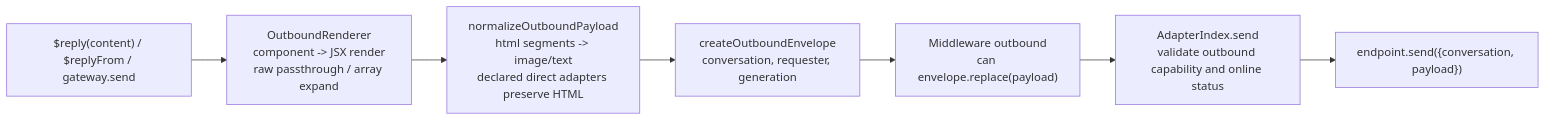
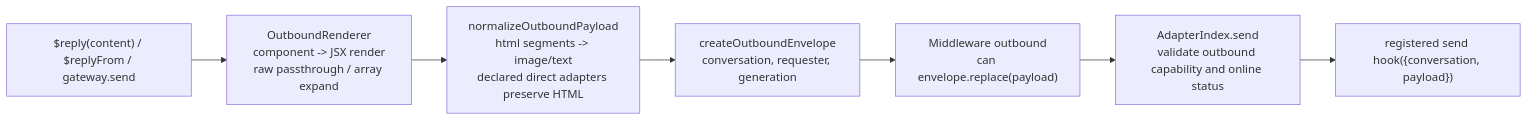
Before and after one commit to zhinjs/zhin: the second of 2 diagrams in docs/en/concepts/message-flow.md, drawn with Mermaid. The commit also changed other lines of this file and 658 other files, not shown here.

Commit message:
refactor(adapter): complete native-client account architecture

````diff
--- a/docs/en/concepts/message-flow.md
+++ b/docs/en/concepts/message-flow.md
@@ -90,9 +90,9 @@
 ```mermaid
 flowchart LR
     A["$reply(content) / $replyFrom / gateway.send"] --> R[OutboundRenderer<br/>component -> JSX render<br/>raw passthrough / array expand]
     R --> N[normalizeOutboundPayload<br/>html segments -> image/text<br/>declared direct adapters preserve HTML]
     N --> V["createOutboundEnvelope<br/>conversation, requester, generation"]
     V --> MW["Middleware outbound<br/>can envelope.replace(payload)"]
     MW --> S[AdapterIndex.send<br/>validate outbound capability and online status]
-    S --> E["endpoint.send({conversation, payload})"]
+    S --> E["registered send hook({conversation, payload})"]
 ```
````
